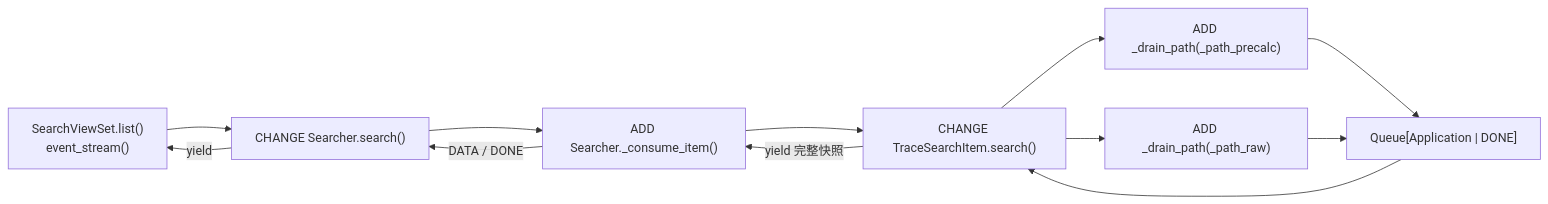
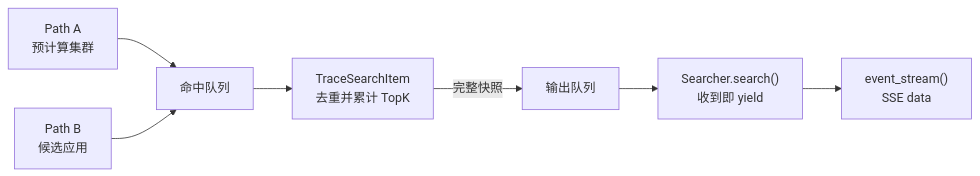
Before and after one commit to ZhuoZhuoCrayon/ai-workspace: the second of 2 diagrams in knowledge/bkmonitor/issues/2026-05-02-overview-trace-id-low-latency-search/PLAN.md, drawn with Mermaid. The commit also changed other lines of this file, not shown here.

Commit message:
docs(knowledge): simplify streaming trace topk design

````diff
--- a/knowledge/bkmonitor/issues/2026-05-02-overview-trace-id-low-latency-search/PLAN.md
+++ b/knowledge/bkmonitor/issues/2026-05-02-overview-trace-id-low-latency-search/PLAN.md
@@ -120,14 +132,9 @@
 ```mermaid
 flowchart LR
-    V["SearchViewSet.list()<br/>event_stream()"] --> S["CHANGE Searcher.search()"]
-    S --> C["ADD Searcher._consume_item()"]
-    C --> T["CHANGE TraceSearchItem.search()"]
-    T --> P["ADD _drain_path(_path_precalc)"]
-    T --> R["ADD _drain_path(_path_raw)"]
-    P --> Q["Queue[Application | DONE]"]
-    R --> Q
-    Q --> T
-    T -- "yield 完整快照" --> C
-    C -- "DATA / DONE" --> S
-    S -- "yield" --> V
+    A["Path A<br/>预计算集群"] --> H["命中队列"]
+    B["Path B<br/>候选应用"] --> H
+    H --> T["TraceSearchItem<br/>去重并累计 TopK"]
+    T -- "完整快照" --> O["输出队列"]
+    O --> S["Searcher.search()<br/>收到即 yield"]
+    S --> V["event_stream()<br/>SSE data"]
 ```
````
